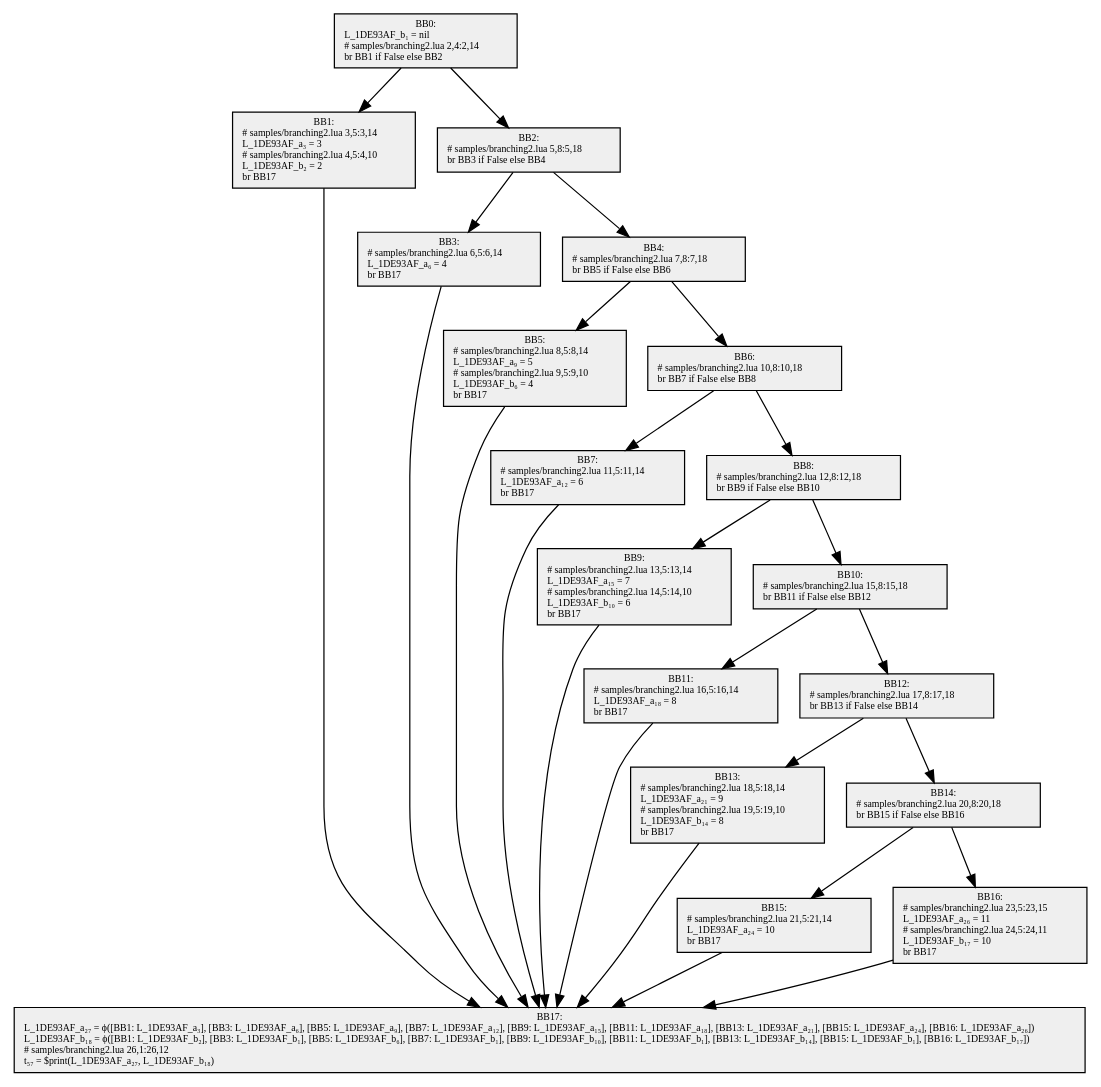
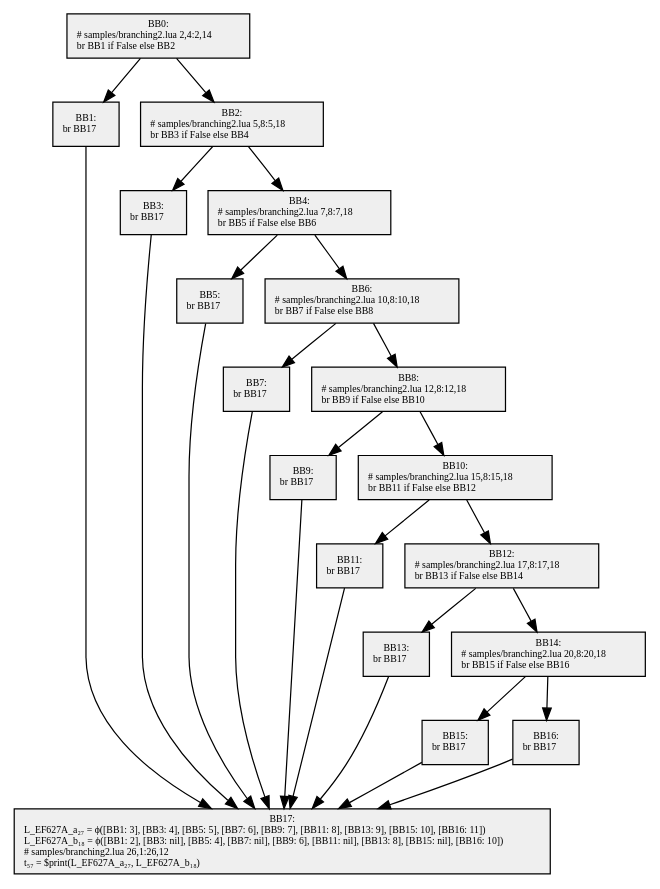
Before and after one commit to GGG-KILLER/SimpleCompiler: the diagram in src/SimpleCompiler.Cli/samples/obj/branching2.2.dot, drawn with Graphviz. The commit also changed 26 other files, not shown here.

```diff
--- a/src/SimpleCompiler.Cli/samples/obj/branching2.2.dot
+++ b/src/SimpleCompiler.Cli/samples/obj/branching2.2.dot
@@ -1,47 +1,47 @@
 digraph {
   node[shape=box style=filled fontsize=8 fontname="Cascadia Code" fillcolor="#efefef"];
-  BB0 [label="BB0:\nL_1DE93AF_b₁ = nil\l# samples/branching2.lua 2,4:2,14\lbr BB1 if False else BB2\l"];
-  BB1 [label="BB1:\n# samples/branching2.lua 3,5:3,14\lL_1DE93AF_a₃ = 3\l# samples/branching2.lua 4,5:4,10\lL_1DE93AF_b₂ = 2\lbr BB17\l"];
+  BB0 [label="BB0:\n# samples/branching2.lua 2,4:2,14\lbr BB1 if False else BB2\l"];
+  BB1 [label="BB1:\nbr BB17\l"];
   BB2 [label="BB2:\n# samples/branching2.lua 5,8:5,18\lbr BB3 if False else BB4\l"];
-  BB3 [label="BB3:\n# samples/branching2.lua 6,5:6,14\lL_1DE93AF_a₆ = 4\lbr BB17\l"];
+  BB3 [label="BB3:\nbr BB17\l"];
   BB4 [label="BB4:\n# samples/branching2.lua 7,8:7,18\lbr BB5 if False else BB6\l"];
-  BB5 [label="BB5:\n# samples/branching2.lua 8,5:8,14\lL_1DE93AF_a₉ = 5\l# samples/branching2.lua 9,5:9,10\lL_1DE93AF_b₆ = 4\lbr BB17\l"];
+  BB5 [label="BB5:\nbr BB17\l"];
   BB6 [label="BB6:\n# samples/branching2.lua 10,8:10,18\lbr BB7 if False else BB8\l"];
-  BB7 [label="BB7:\n# samples/branching2.lua 11,5:11,14\lL_1DE93AF_a₁₂ = 6\lbr BB17\l"];
+  BB7 [label="BB7:\nbr BB17\l"];
   BB8 [label="BB8:\n# samples/branching2.lua 12,8:12,18\lbr BB9 if False else BB10\l"];
-  BB9 [label="BB9:\n# samples/branching2.lua 13,5:13,14\lL_1DE93AF_a₁₅ = 7\l# samples/branching2.lua 14,5:14,10\lL_1DE93AF_b₁₀ = 6\lbr BB17\l"];
+  BB9 [label="BB9:\nbr BB17\l"];
   BB10 [label="BB10:\n# samples/branching2.lua 15,8:15,18\lbr BB11 if False else BB12\l"];
-  BB11 [label="BB11:\n# samples/branching2.lua 16,5:16,14\lL_1DE93AF_a₁₈ = 8\lbr BB17\l"];
+  BB11 [label="BB11:\nbr BB17\l"];
   BB12 [label="BB12:\n# samples/branching2.lua 17,8:17,18\lbr BB13 if False else BB14\l"];
-  BB13 [label="BB13:\n# samples/branching2.lua 18,5:18,14\lL_1DE93AF_a₂₁ = 9\l# samples/branching2.lua 19,5:19,10\lL_1DE93AF_b₁₄ = 8\lbr BB17\l"];
+  BB13 [label="BB13:\nbr BB17\l"];
   BB14 [label="BB14:\n# samples/branching2.lua 20,8:20,18\lbr BB15 if False else BB16\l"];
-  BB15 [label="BB15:\n# samples/branching2.lua 21,5:21,14\lL_1DE93AF_a₂₄ = 10\lbr BB17\l"];
-  BB16 [label="BB16:\n# samples/branching2.lua 23,5:23,15\lL_1DE93AF_a₂₆ = 11\l# samples/branching2.lua 24,5:24,11\lL_1DE93AF_b₁₇ = 10\lbr BB17\l"];
-  BB17 [label="BB17:\nL_1DE93AF_a₂₇ = ϕ([BB1: L_1DE93AF_a₃], [BB3: L_1DE93AF_a₆], [BB5: L_1DE93AF_a₉], [BB7: L_1DE93AF_a₁₂], [BB9: L_1DE93AF_a₁₅], [BB11: L_1DE93AF_a₁₈], [BB13: L_1DE93AF_a₂₁], [BB15: L_1DE93AF_a₂₄], [BB16: L_1DE93AF_a₂₆])\lL_1DE93AF_b₁₈ = ϕ([BB1: L_1DE93AF_b₂], [BB3: L_1DE93AF_b₁], [BB5: L_1DE93AF_b₆], [BB7: L_1DE93AF_b₁], [BB9: L_1DE93AF_b₁₀], [BB11: L_1DE93AF_b₁], [BB13: L_1DE93AF_b₁₄], [BB15: L_1DE93AF_b₁], [BB16: L_1DE93AF_b₁₇])\l# samples/branching2.lua 26,1:26,12\lt₅₇ = $print(L_1DE93AF_a₂₇, L_1DE93AF_b₁₈)\l"];
+  BB15 [label="BB15:\nbr BB17\l"];
+  BB16 [label="BB16:\nbr BB17\l"];
+  BB17 [label="BB17:\nL_EF627A_a₂₇ = ϕ([BB1: 3], [BB3: 4], [BB5: 5], [BB7: 6], [BB9: 7], [BB11: 8], [BB13: 9], [BB15: 10], [BB16: 11])\lL_EF627A_b₁₈ = ϕ([BB1: 2], [BB3: nil], [BB5: 4], [BB7: nil], [BB9: 6], [BB11: nil], [BB13: 8], [BB15: nil], [BB16: 10])\l# samples/branching2.lua 26,1:26,12\lt₅₇ = $print(L_EF627A_a₂₇, L_EF627A_b₁₈)\l"];
 
   BB0 -> BB1;
   BB0 -> BB2;
   BB2 -> BB3;
   BB2 -> BB4;
   BB4 -> BB5;
   BB4 -> BB6;
   BB6 -> BB7;
   BB6 -> BB8;
   BB8 -> BB9;
   BB8 -> BB10;
   BB10 -> BB11;
   BB10 -> BB12;
   BB12 -> BB13;
   BB12 -> BB14;
   BB14 -> BB15;
   BB14 -> BB16;
   BB1 -> BB17;
   BB3 -> BB17;
   BB5 -> BB17;
   BB7 -> BB17;
   BB9 -> BB17;
   BB11 -> BB17;
   BB13 -> BB17;
   BB15 -> BB17;
   BB16 -> BB17;
 }
```
